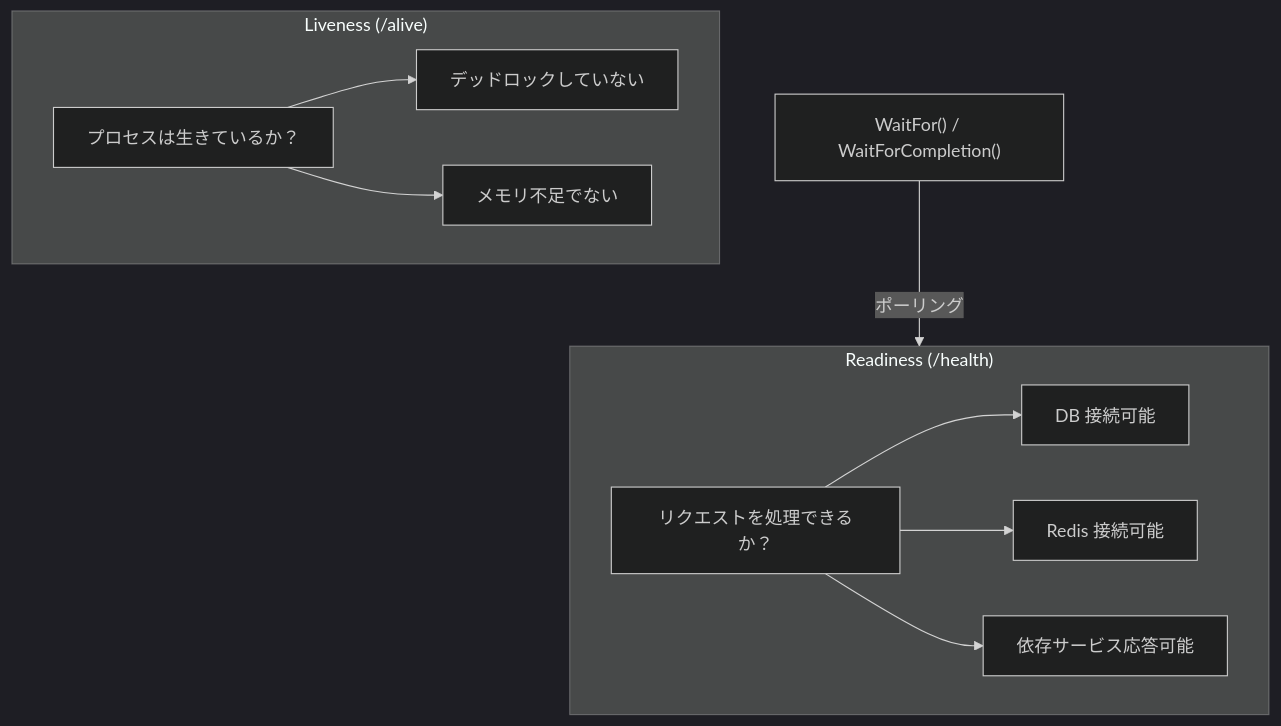
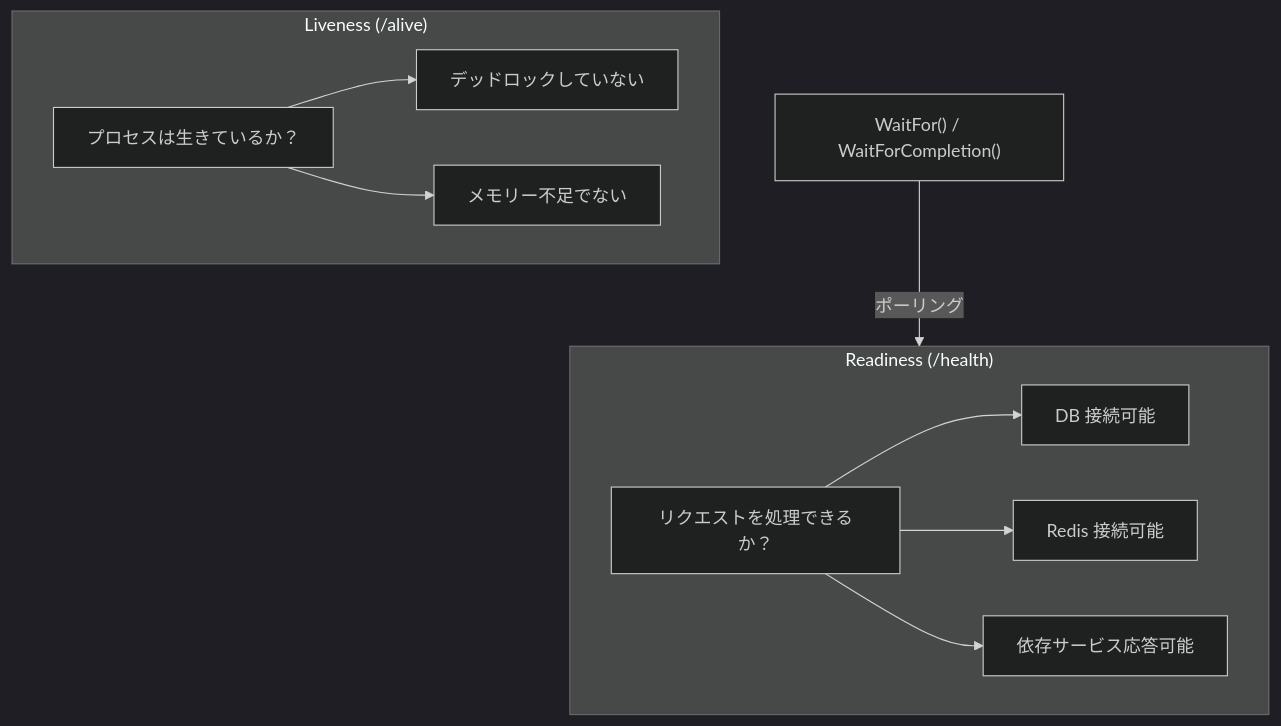
Diagram 12 of 18 in content/blog/ja/dotnet-aspire.mdx (yoichiozaki/yoichiozaki.github.io), drawn with Mermaid (dark theme) before and after one commit. The commit also changed other lines of this file and 117 other files, not shown here.

````diff
--- a/content/blog/ja/dotnet-aspire.mdx
+++ b/content/blog/ja/dotnet-aspire.mdx
@@ -748,18 +748,18 @@
 ```mermaid
 graph TD
     subgraph Liveness["Liveness (/alive)"]
         L["プロセスは生きているか？"]
         L --> L1["デッドロックしていない"]
-        L --> L2["メモリ不足でない"]
+        L --> L2["メモリー不足でない"]
     end
 
     subgraph Readiness["Readiness (/health)"]
         R["リクエストを処理できるか？"]
         R --> R1["DB 接続可能"]
         R --> R2["Redis 接続可能"]
         R --> R3["依存サービス応答可能"]
     end
 
     WaitFor["WaitFor() / WaitForCompletion()"]
     WaitFor -->|ポーリング| Readiness
 ```
````
